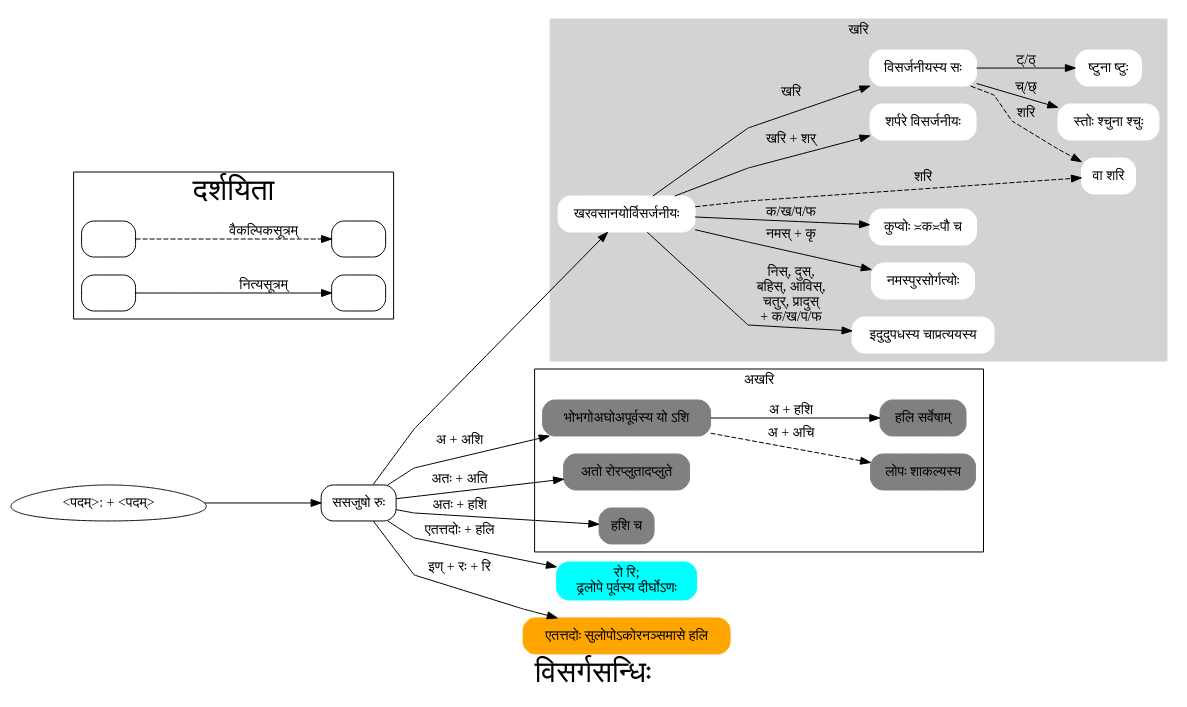
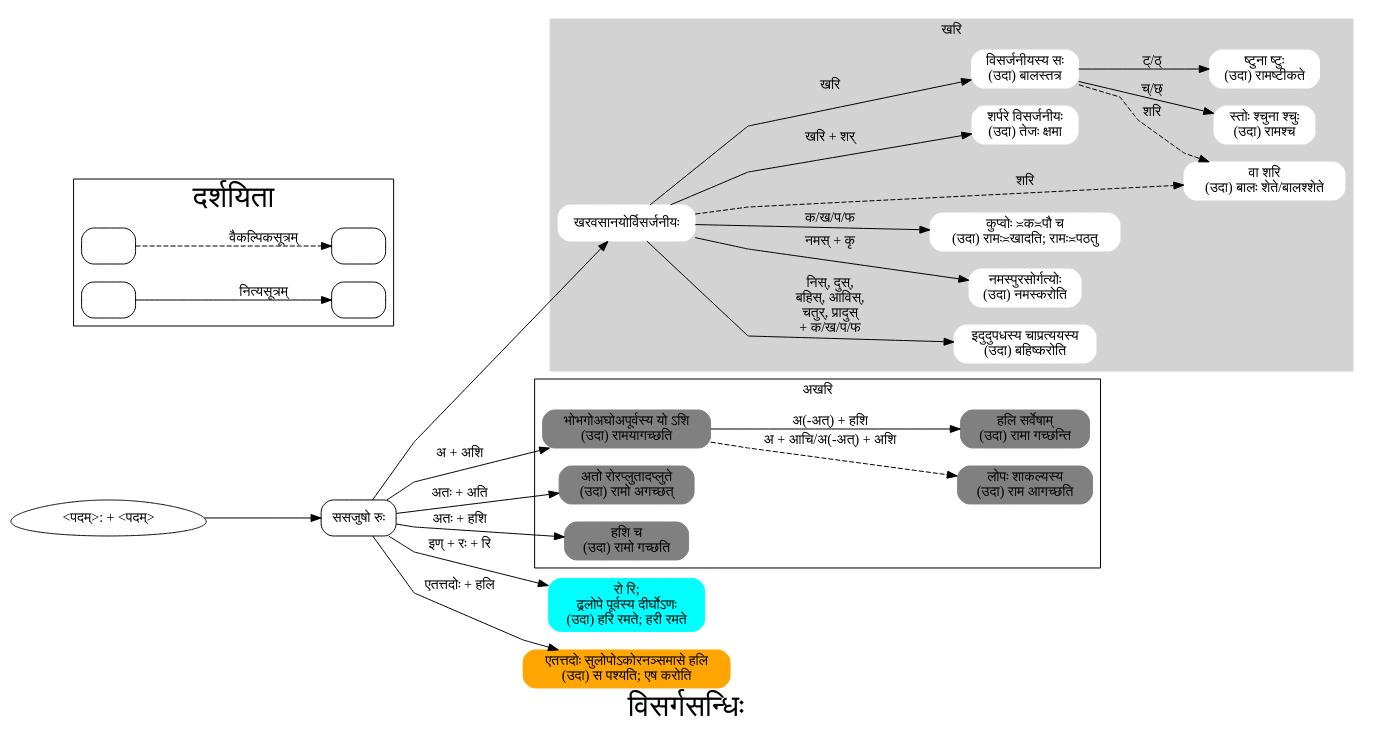
Before and after one commit to ckayr/aShTAdhyAyI: the diagram in graphviz/visarga.dot, drawn with Graphviz. The commit also changed 2 other files, not shown here.

```diff
--- a/graphviz/visarga.dot
+++ b/graphviz/visarga.dot
@@ -1,80 +1,81 @@
 digraph G {
         label="विसर्गसन्धिः";
         node [shape=box,
 	      style=rounded];
         fontsize=30.0;
         rankdir=LR;
         splines=polyline;
         subgraph cluster_0 {
                 label="खरि";
                 fontsize = 14.0;
                 style=filled;
                 color=lightgrey;
                 node [style="filled,rounded",
 		      color=white];
                 a0 [label="खरवसानयोर्विसर्जनीयः",
 		    href="http://avg-sanskrit.org/sutras/8-3-15.html"];
-                a6 [label="इदुदुपधस्य चाप्रत्ययस्य"];
-                a5 [label="नमस्पुरसोर्गत्योः"];
-                a4 [label="कुप्वोः ≍क≍पौ च"];
-                a3 [label="वा शरि"];
-                a2 [label="शर्परे विसर्जनीयः"];
-                a1 [label="विसर्जनीयस्य सः",
+                a6 [label="इदुदुपधस्य चाप्रत्ययस्य\n(उदा) बहिष्करोति"];
+                a5 [label="नमस्पुरसोर्गत्योः\n(उदा) नमस्करोति"];
+                a4 [label="कुप्वोः ≍क≍पौ च\n(उदा) रामः≍खादति; रामः≍पठतु"];
+                a3 [label="वा शरि\n(उदा) बालः शेते/बालश्शेते"];
+                a2 [label="शर्परे विसर्जनीयः\n(उदा) तेजः क्षमा"];
+                a1 [label="विसर्जनीयस्य सः\n(उदा) बालस्तत्र",
 		    href="http://avg-sanskrit.org/sutras/8-3-34.html"];
-                a7 [label="स्तोः श्चुना श्चुः"];
-                a8 [label="ष्टुना ष्टुः"];
+                a7 [label="स्तोः श्चुना श्चुः\n(उदा) रामश्च"];
+                a8 [label="ष्टुना ष्टुः\n(उदा) रामष्टीकते"];
                 a0 -> a1 [label="खरि"];
                 a0 -> a2 [label="खरि + शर्"];
-                a0 -> a3 [label="शरि", style=dashed];
+                a0 -> a3 [label="शरि",
+			  style=dashed];
                 a0 -> a4 [label="क/ख/प/फ"];
                 a0 -> a5 [label="नमस् + कृ"];
                 a0 -> a6 [label="निस्, दुस्,\n बहिस्, आविस्,\n चतुर्, प्रादुस्\n + क/ख/प/फ"];
                 a1 -> a3 [label="शरि", style=dashed];
                 a1 -> a7 [label="च्/छ्"];
                 a1 -> a8 [label="ट्/ठ्"];
         }
 
         subgraph cluster_1 {
                 label="अखरि";
                 fontsize = 14.0;
                 node [style="filled,rounded", color=grey];
-                b0 [label="भोभगोअघोअपूर्वस्य यो ऽशि"];
-                b1 [label="अतो रोरप्लुतादप्लुते"];
-                b2 [label="हशि च"];
-                b3 [label="लोपः शाकल्यस्य"];
-                b4 [label="हलि सर्वेषाम्"];
-                b0 -> b3 [label="अ + अचि"; style=dashed];
-                b0 -> b4 [label="अ + हशि"];
+                b0 [label="भोभगोअघोअपूर्वस्य यो ऽशि\n(उदा) रामयागच्छति"];
+                b1 [label="अतो रोरप्लुतादप्लुते\n(उदा) रामो अगच्छत् "];
+                b2 [label="हशि च\n(उदा) रामो गच्छति"];
+                b3 [label="लोपः शाकल्यस्य\n(उदा) राम आगच्छति"];
+                b4 [label="हलि सर्वेषाम्\n(उदा) रामा गच्छन्ति"];
+                b0 -> b3 [label="अ + आचि/अ(-अत्) + अशि"; style=dashed];
+                b0 -> b4 [label="अ(-अत्) + हशि"];
         }
 
-        c0 [label="रो रि;\n ढ्रलोपे पूर्वस्य दीर्घोऽणः",
+        c0 [label="रो रि;\n ढ्रलोपे पूर्वस्य दीर्घोऽणः\n(उदा) हरि रमते; हरी रमते",
 	    color=cyan,
 	    style="filled,rounded"];
-        d0 [label="एतत्तदोः सुलोपोऽकोरनञ्समासे हलि",
+        d0 [label="एतत्तदोः सुलोपोऽकोरनञ्समासे हलि\n(उदा) स पश्यति; एष करोति",
 	    color=orange,
 	    style="filled,rounded"];
 
         start0 [label="<पदम्>: + <पदम्>"];
         start1 [label="ससजुषो रुः",
 		href="http://avg-sanskrit.org/sutras/8-2-66.html"];
         start0 -> start1;
         start1 -> a0;
         start1 -> b0 [label="अ + अशि"];
         start1 -> b1 [label="अतः + अति"];
         start1 -> b2 [label="अतः + हशि"];
-        start1 -> c0 [label="एतत्तदोः + हलि"];
-        start1 -> d0 [label="इण्‌ + रः + रि "];
+        start1 -> c0 [label="इण्‌ + रः + रि "];
+        start1 -> d0 [label="एतत्तदोः + हलि"];
 
         start0 [shape=egg];
 
         subgraph cluster_leg {
                 label="दर्शयिता";
                 legend1 [label=""];
                 legend2 [label=""];
                 legend3 [label=""];
                 legend4 [label=""];
                 legend1 -> legend2 [label="वैकल्पिकसूत्रम्",
 				    style=dashed];
                 legend3 -> legend4 [label="नित्यसूत्रम्"];
         }
 }
```
